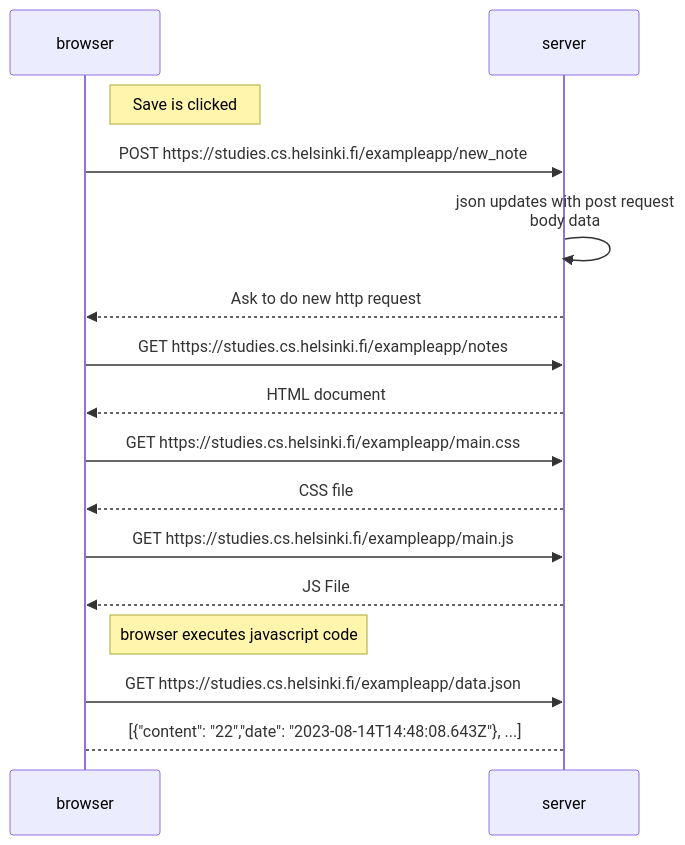
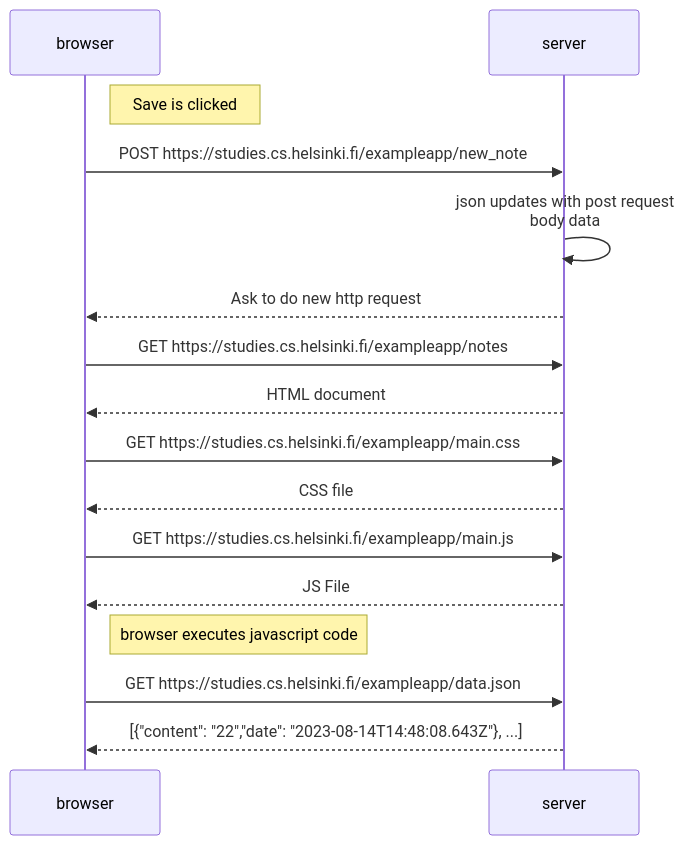
The diagram in new-note-diagram/README.md (Nathan-Albino/part0), drawn with Mermaid before and after one commit.

````diff
--- a/new-note-diagram/README.md
+++ b/new-note-diagram/README.md
@@ -3,21 +3,21 @@
 ```mermaid
 sequenceDiagram
   participant browser
   participant server
 
   Note right of browser: Save is clicked
   browser->>server: POST https://studies.cs.helsinki.fi/exampleapp/new_note
   server->>server: json updates with post request<br/> body data
   server-->>browser: Ask to do new http request
   browser->>server: GET https://studies.cs.helsinki.fi/exampleapp/notes
   server-->>browser: HTML document
   browser->>server: GET https://studies.cs.helsinki.fi/exampleapp/main.css
   server-->>browser: CSS file
   browser->>server: GET https://studies.cs.helsinki.fi/exampleapp/main.js
   server-->>browser: JS File
   Note right of browser: browser executes javascript code
   browser->>server: GET https://studies.cs.helsinki.fi/exampleapp/data.json
-  server-->browser: [{"content": "22","date": "2023-08-14T14:48:08.643Z"}, ...]
+  server-->>browser: [{"content": "22","date": "2023-08-14T14:48:08.643Z"}, ...]
   
 
 ```
````
